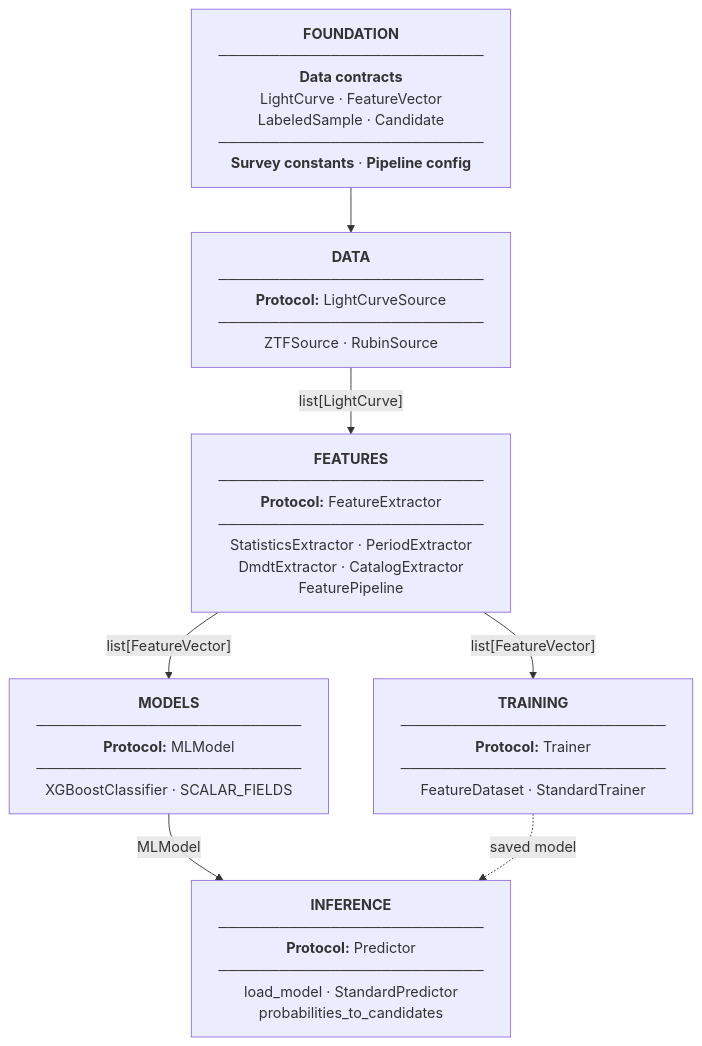
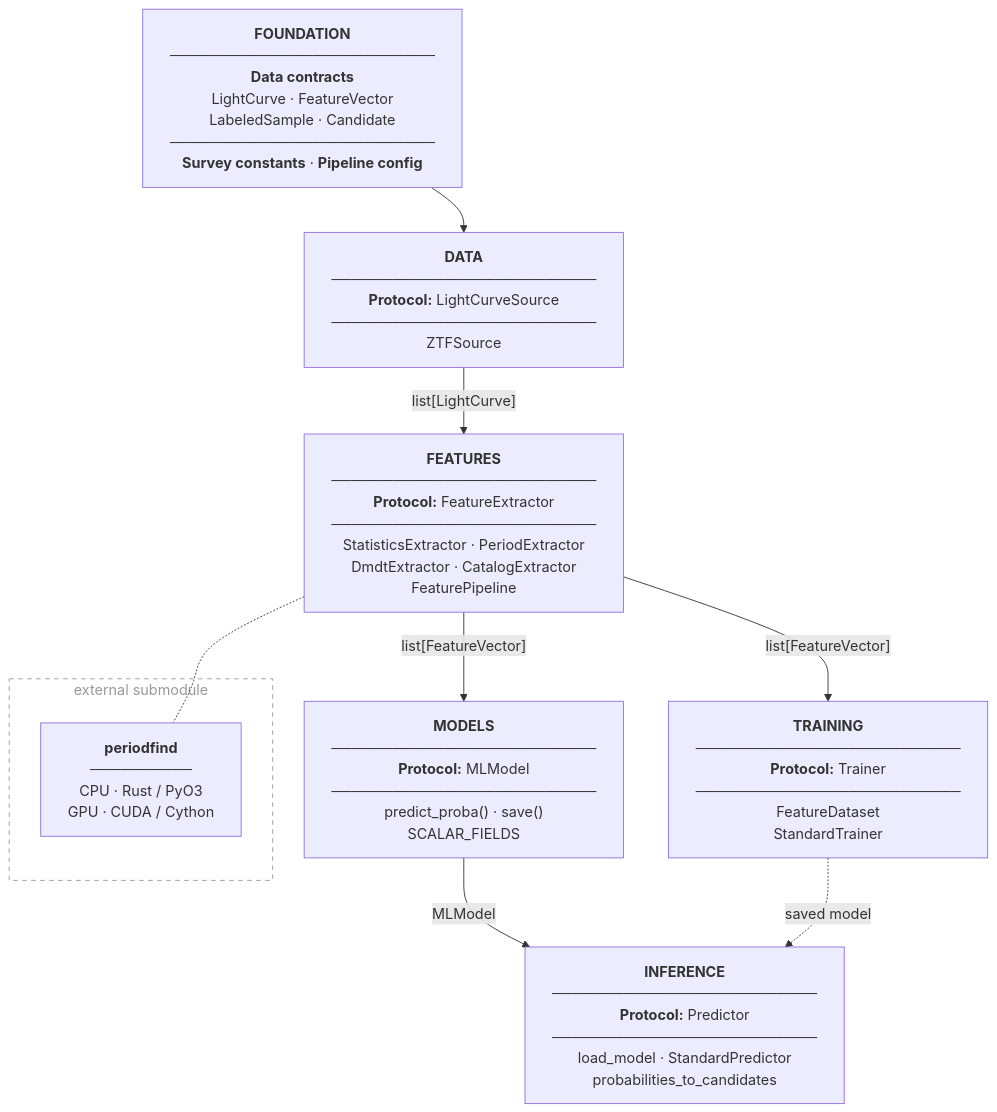
One commit to ManiacUrgency42/ml4em changed the first of 3 diagrams in docs/architecture/overview.md. Above: the diagram before and after it, drawn with Mermaid. The commit also changed other lines of this file and 90 other files, not shown here.

````diff
--- a/docs/architecture/overview.md
+++ b/docs/architecture/overview.md
@@ -8,21 +8,37 @@
 ```mermaid
 flowchart TD
     F["<b>FOUNDATION</b><br/>──────────────────────────<br/><b>Data contracts</b><br/>LightCurve · FeatureVector<br/>LabeledSample · Candidate<br/>──────────────────────────<br/><b>Survey constants</b> · <b>Pipeline config</b>"]
 
-    D["<b>DATA</b><br/>──────────────────────────<br/><b>Protocol:</b> LightCurveSource<br/>──────────────────────────<br/>ZTFSource · RubinSource"]
+    D["<b>DATA</b><br/>──────────────────────────<br/><b>Protocol:</b> LightCurveSource<br/>──────────────────────────<br/>ZTFSource"]
 
     FE["<b>FEATURES</b><br/>──────────────────────────<br/><b>Protocol:</b> FeatureExtractor<br/>──────────────────────────<br/>StatisticsExtractor · PeriodExtractor<br/>DmdtExtractor · CatalogExtractor<br/>FeaturePipeline"]
 
-    M["<b>MODELS</b><br/>──────────────────────────<br/><b>Protocol:</b> MLModel<br/>──────────────────────────<br/>XGBoostClassifier · SCALAR_FIELDS"]
+    M["<b>MODELS</b><br/>──────────────────────────<br/><b>Protocol:</b> MLModel<br/>──────────────────────────<br/>predict_proba() · save()<br/>SCALAR_FIELDS"]
 
-    T["<b>TRAINING</b><br/>──────────────────────────<br/><b>Protocol:</b> Trainer<br/>──────────────────────────<br/>FeatureDataset · StandardTrainer"]
+    T["<b>TRAINING</b><br/>──────────────────────────<br/><b>Protocol:</b> Trainer<br/>──────────────────────────<br/>FeatureDataset<br/>StandardTrainer"]
 
     I["<b>INFERENCE</b><br/>──────────────────────────<br/><b>Protocol:</b> Predictor<br/>──────────────────────────<br/>load_model · StandardPredictor<br/>probabilities_to_candidates"]
+
+    subgraph EXT ["external submodule"]
+        PF["<b>periodfind</b><br/>──────────<br/>CPU · Rust / PyO3<br/>GPU · CUDA / Cython"]
+    end
 
     F --> D
     D -->|"list[LightCurve]"| FE
     FE -->|"list[FeatureVector]"| T
     FE -->|"list[FeatureVector]"| M
     M -->|"MLModel"| I
     T -. "saved model" .-> I
+    F ~~~ PF
+    FE -.- PF
+
+    style EXT stroke-dasharray:5 5,fill:transparent,stroke:#999,color:#999
+
+    click F href "../../layers/foundation/"
+    click D href "../../layers/data/"
+    click FE href "../../layers/features/"
+    click M href "../../layers/models/"
+    click T href "../../layers/training/"
+    click I href "../../layers/inference/"
+    click PF href "../periodfind/"
 ```
````
